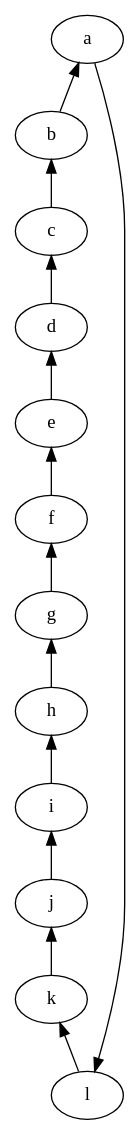
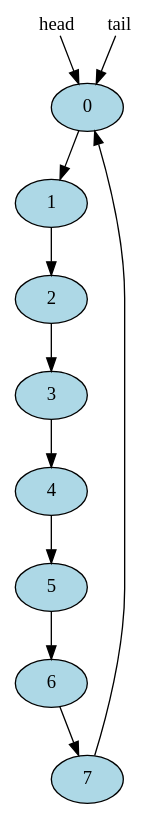
One commit to townmath/cisp400-reader changed the third of 11 diagrams in _sources/stack/queue.rst. Above: the diagram before and after it, drawn with Graphviz. The commit also changed other lines of this file and 37 other files, not shown here.

```diff
--- a/_sources/stack/queue.rst
+++ b/_sources/stack/queue.rst
@@ -155,26 +168,23 @@
-.. graphviz::
-   :graphviz_dot: circo
-   :align: center
-   :alt: ring buffer
+      .. graphviz::
+         :graphviz_dot: circo
+         :align: center
+         :alt: empty buffer
 
-   digraph { 
-      // a [style=invis];
-      // edge [style=invis];
-      mindist=0.5;
-      // a -> b, c, d, e, f, i, j, k, l
-      edge [style="", arrowhead=vee, dir=back];
-      // root=a;
-      a->b
-      b->c
-      c->d
-      d->e
-      e->f
-      f->g
-      g->h
-      h->i
-      i->j
-      j->k
-      k->l
-      l->a
+         digraph { 
+            mindist=0.5;
+            node [fontname = "Bitstream Vera Sans", fontsize=14,
+              style=filled, fillcolor=lightblue
+            ];
 
-   }
+            0->1
+            1->2
+            2->3
+            3->4
+            4->5
+            5->6
+            6->7
+            7->0
+            node [shape=plain, style=""];
+            head -> 0
+            tail -> 0
+         }
```
